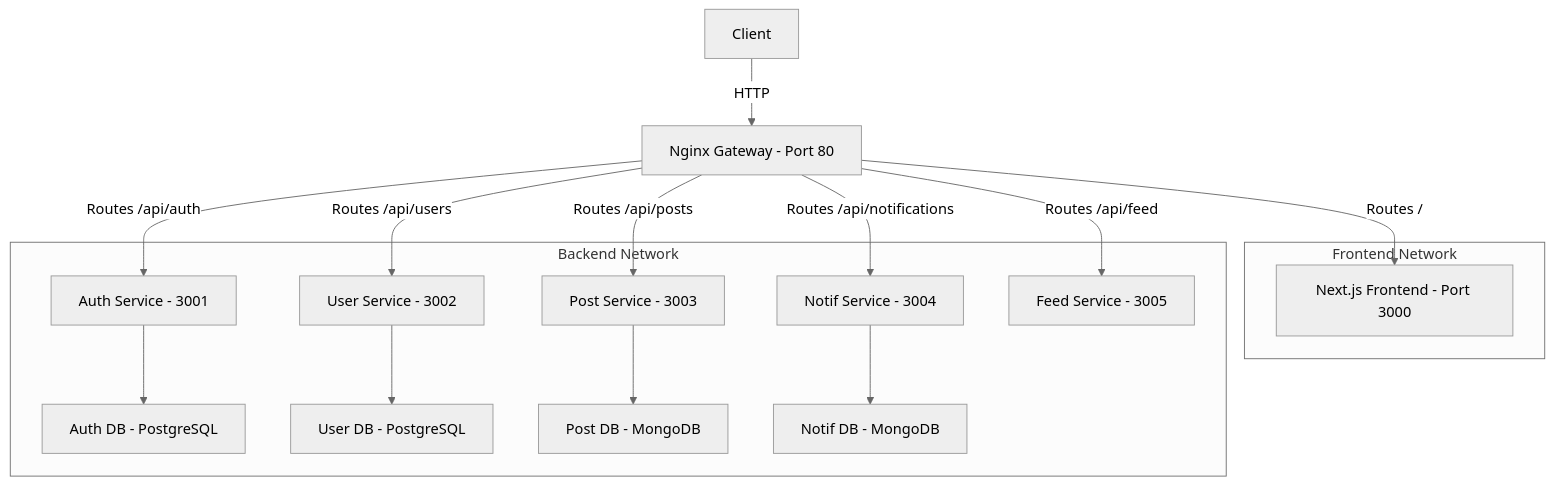
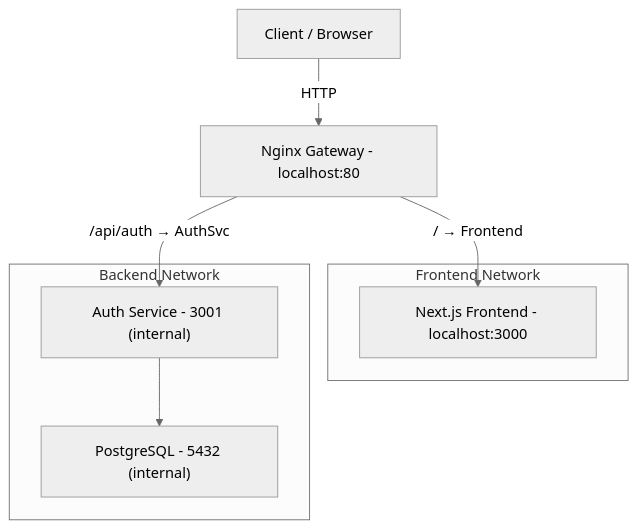
Before and after one commit to louisdrouhin/breezy-scoial-network: the diagram in README.md, drawn with Mermaid (neutral theme). The commit also changed other lines of this file and 7 other files, not shown here.

````diff
--- a/README.md
+++ b/README.md
@@ -103,36 +102,21 @@
 ```mermaid
 graph TB
-  Client["Client"]
+  Client["Client / Browser"]
 
-  Nginx["Nginx Gateway - Port 80"]
+  Nginx["Nginx Gateway - localhost:80"]
 
   subgraph frontend["Frontend Network"]
-      Frontend["Next.js Frontend - Port 3000"]
+      Frontend["Next.js Frontend - localhost:3000"]
   end
 
   subgraph backend["Backend Network"]
-      AuthSvc["Auth Service - 3001"]
-      UserSvc["User Service - 3002"]
-      PostSvc["Post Service - 3003"]
-      NotifSvc["Notif Service - 3004"]
-      FeedSvc["Feed Service - 3005"]
-
-      AuthDB["Auth DB - PostgreSQL"]
-      UserDB["User DB - PostgreSQL"]
-      PostDB["Post DB - MongoDB"]
-      NotifDB["Notif DB - MongoDB"]
+      AuthSvc["Auth Service - 3001 (internal)"]
+      AuthDB["PostgreSQL - 5432 (internal)"]
   end
 
   Client -->|HTTP| Nginx
-  Nginx -->|Routes /| Frontend
-  Nginx -->|Routes /api/auth| AuthSvc
-  Nginx -->|Routes /api/users| UserSvc
-  Nginx -->|Routes /api/posts| PostSvc
-  Nginx -->|Routes /api/notifications| NotifSvc
-  Nginx -->|Routes /api/feed| FeedSvc
+  Nginx -->|/ → Frontend| Frontend
+  Nginx -->|/api/auth → AuthSvc| AuthSvc
 
   AuthSvc --> AuthDB
-  UserSvc --> UserDB
-  PostSvc --> PostDB
-  NotifSvc --> NotifDB
 ```
````
